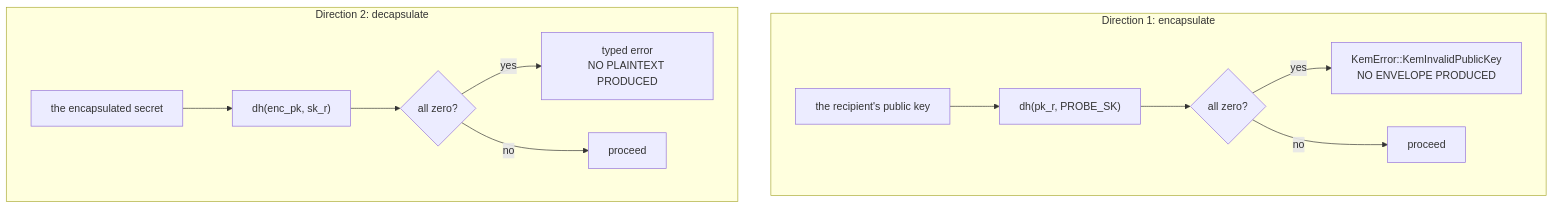
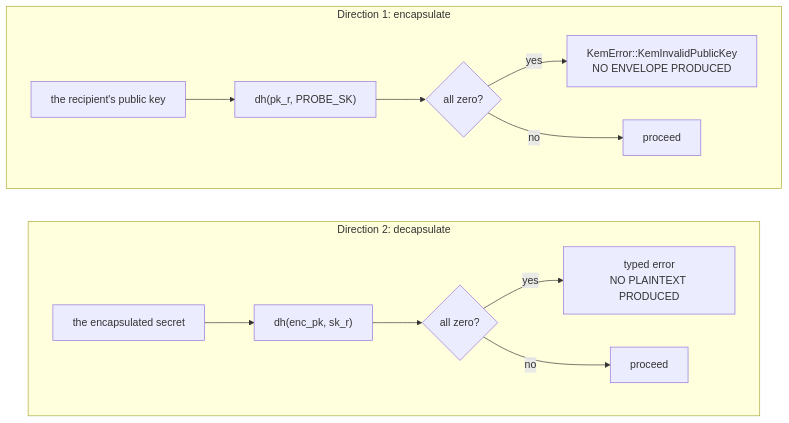
One commit to bruj0/keyspout changed the fourth of 6 diagrams in site/docs/components/ksp-record.md. Above: the diagram before and after it, drawn with Mermaid. The commit also changed other lines of this file and 22 other files, not shown here.

First line of the commit message:
feat(site): zoom every diagram, and make the wide ones vertical (#21)

````diff
--- a/site/docs/components/ksp-record.md
+++ b/site/docs/components/ksp-record.md
@@ -118,16 +119,17 @@
 ```mermaid
 flowchart TD
   subgraph Encapsulate["Direction 1: encapsulate"]
     E1["the recipient's public key"] --> E2["dh(pk_r, PROBE_SK)"]
     E2 --> E3{"all zero?"}
     E3 -->|"yes"| E4["KemError::KemInvalidPublicKey<br/>NO ENVELOPE PRODUCED"]
     E3 -->|"no"| E5["proceed"]
   end
 
   subgraph Decapsulate["Direction 2: decapsulate"]
     D1["the encapsulated secret"] --> D2["dh(enc_pk, sk_r)"]
     D2 --> D3{"all zero?"}
     D3 -->|"yes"| D4["typed error<br/>NO PLAINTEXT PRODUCED"]
     D3 -->|"no"| D5["proceed"]
   end
+  Encapsulate ~~~ Decapsulate
 ```
````
